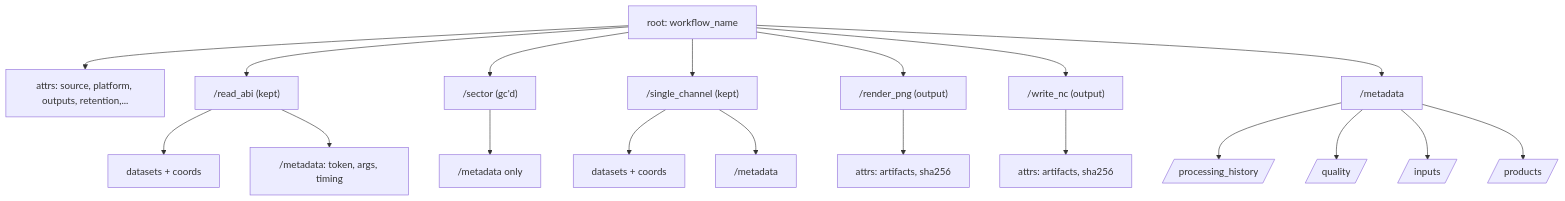
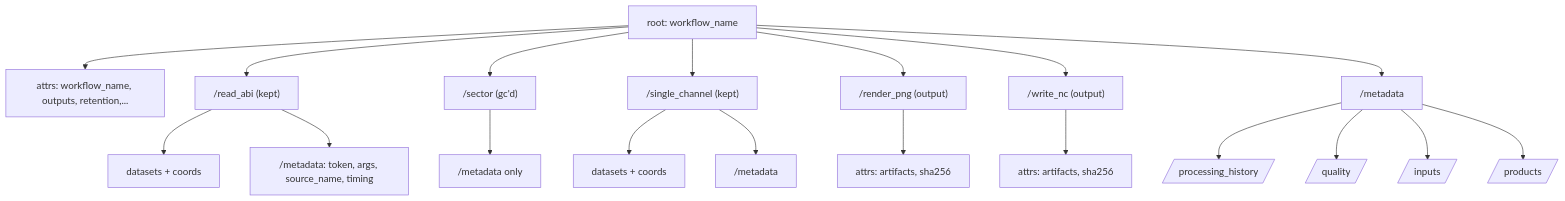
Before and after one commit to NRLMMD-GEOIPS/geoips: the second of 5 diagrams in docs/dev/datatree-spec.md, drawn with Mermaid. The commit also changed other lines of this file, not shown here.

````diff
--- a/docs/dev/datatree-spec.md
+++ b/docs/dev/datatree-spec.md
@@ -1002,21 +1146,21 @@
 ```mermaid
 graph TD
-    R[root: workflow_name] --> A[attrs: source, platform, outputs, retention,...]
+    R[root: workflow_name] --> A[attrs: workflow_name, outputs, retention,...]
     R --> S1["/read_abi (kept)"]
     R --> S2["/sector (gc'd)"]
     R --> S3["/single_channel (kept)"]
     R --> S4["/render_png (output)"]
     R --> S5["/write_nc (output)"]
     R --> M["/metadata"]
     S1 --> S1d[datasets + coords]
-    S1 --> S1m["/metadata: token, args, timing"]
+    S1 --> S1m["/metadata: token, args, source_name, timing"]
     S2 --> S2m["/metadata only"]
     S3 --> S3d[datasets + coords]
     S3 --> S3m["/metadata"]
     S4 --> S4a[attrs: artifacts, sha256]
     S5 --> S5a[attrs: artifacts, sha256]
     M --> Mh[/processing_history/]
     M --> Mq[/quality/]
     M --> Mi[/inputs/]
     M --> Mp[/products/]
 ```
````
